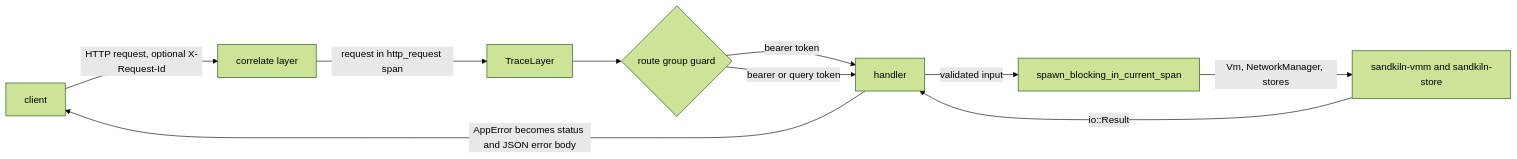
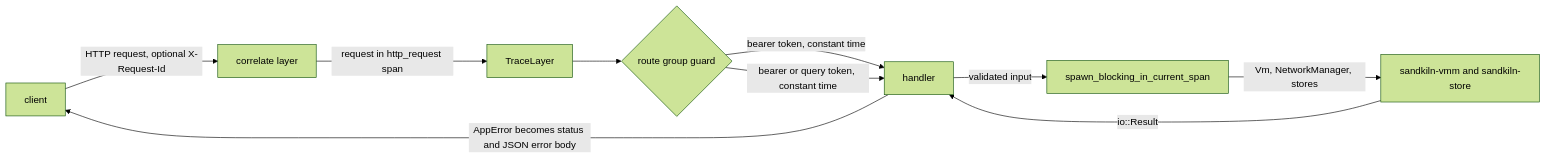
Before and after one commit to SumitKumar-17/sandkiln: the first of 4 diagrams in website/src/content/engineering/15-crate-daemon.md, drawn with Mermaid (forest theme). The commit also changed other lines of this file and 91 other files, not shown here.

````diff
--- a/website/src/content/engineering/15-crate-daemon.md
+++ b/website/src/content/engineering/15-crate-daemon.md
@@ -45,12 +78,12 @@
 ```mermaid
 flowchart LR
     C["client"] -->|"HTTP request, optional X-Request-Id"| R["correlate layer"]
     R -->|"request in http_request span"| T["TraceLayer"]
     T --> A{"route group guard"}
-    A -->|"bearer token"| H["handler"]
-    A -->|"bearer or query token"| H
+    A -->|"bearer token, constant time"| H["handler"]
+    A -->|"bearer or query token, constant time"| H
     H -->|"validated input"| S["spawn_blocking_in_current_span"]
     S -->|"Vm, NetworkManager, stores"| V["sandkiln-vmm and sandkiln-store"]
     V -->|"io::Result"| H
     H -->|"AppError becomes status and JSON error body"| C
 ```
````
